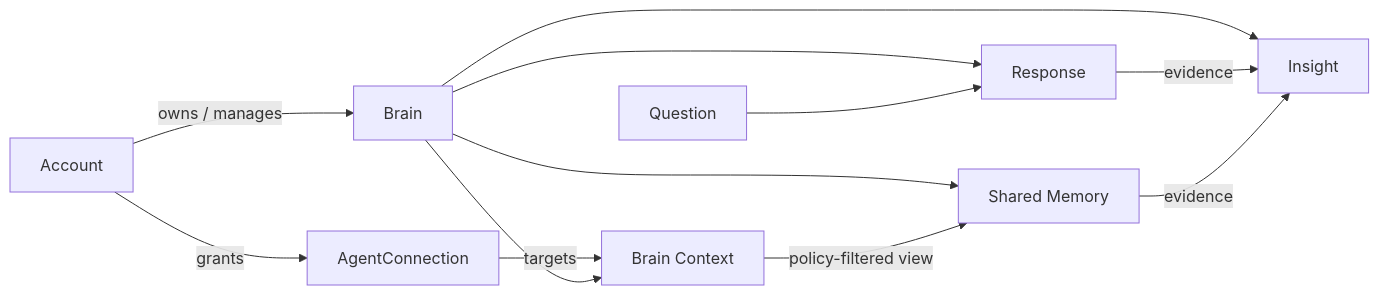
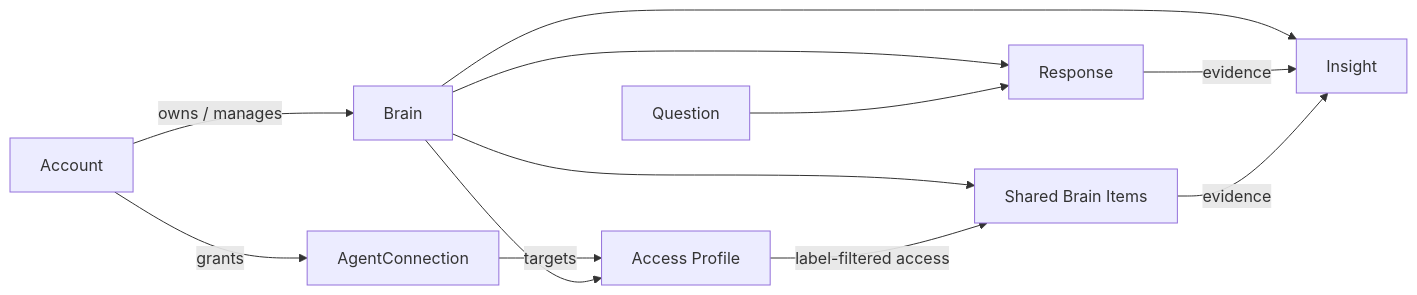
Before and after one commit to kkyosuke/me-builder: the second of 2 diagrams in docs/domain-design.md, drawn with Mermaid. The commit also changed other lines of this file and 4 other files, not shown here.

Commit message:
docs: classify brain items with access labels

````diff
--- a/docs/domain-design.md
+++ b/docs/domain-design.md
@@ -369,14 +380,14 @@
 ```mermaid
 flowchart LR
     A[Account] -->|owns / manages| B[Brain]
     A -->|grants| C[AgentConnection]
-    C -->|targets| BC[Brain Context]
-    B --> BC
-    B --> M[Shared Memory]
-    BC -->|policy-filtered view| M
+    C -->|targets| AP[Access Profile]
+    B --> AP
+    B --> M[Shared Brain Items]
+    AP -->|label-filtered access| M
     B --> R[Response]
     B --> I[Insight]
     Q[Question] --> R
     R -->|evidence| I
     M -->|evidence| I
 ```
````
